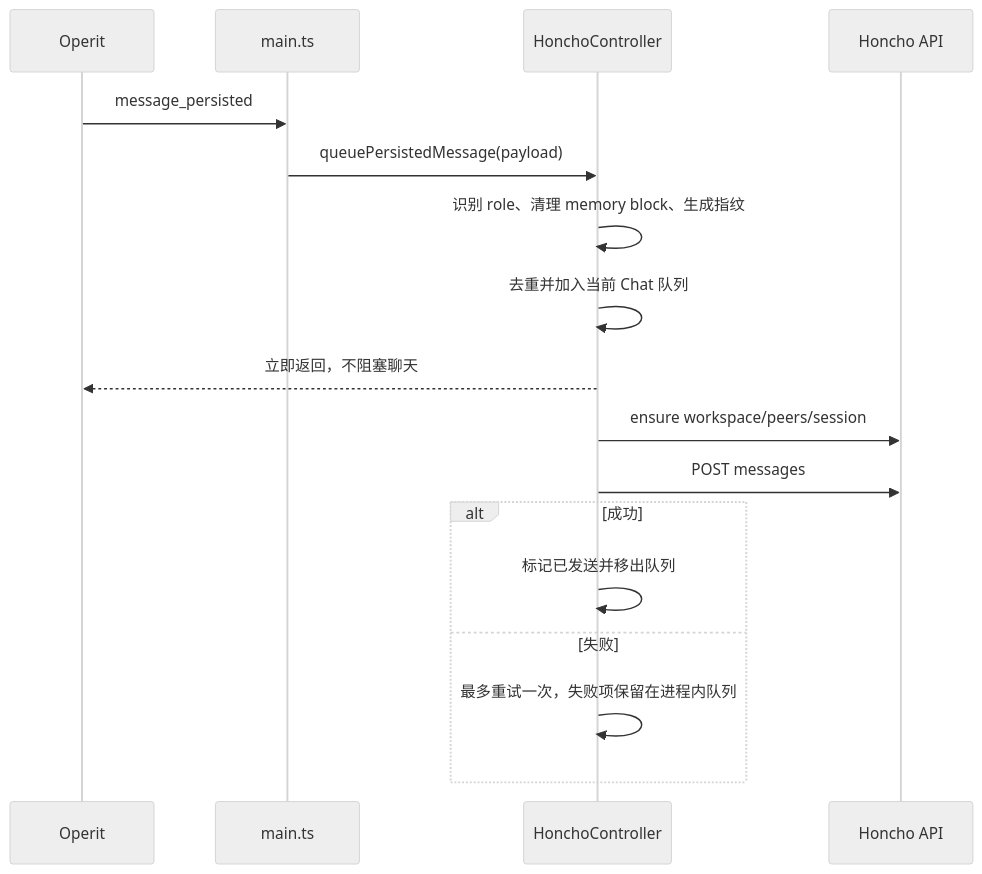
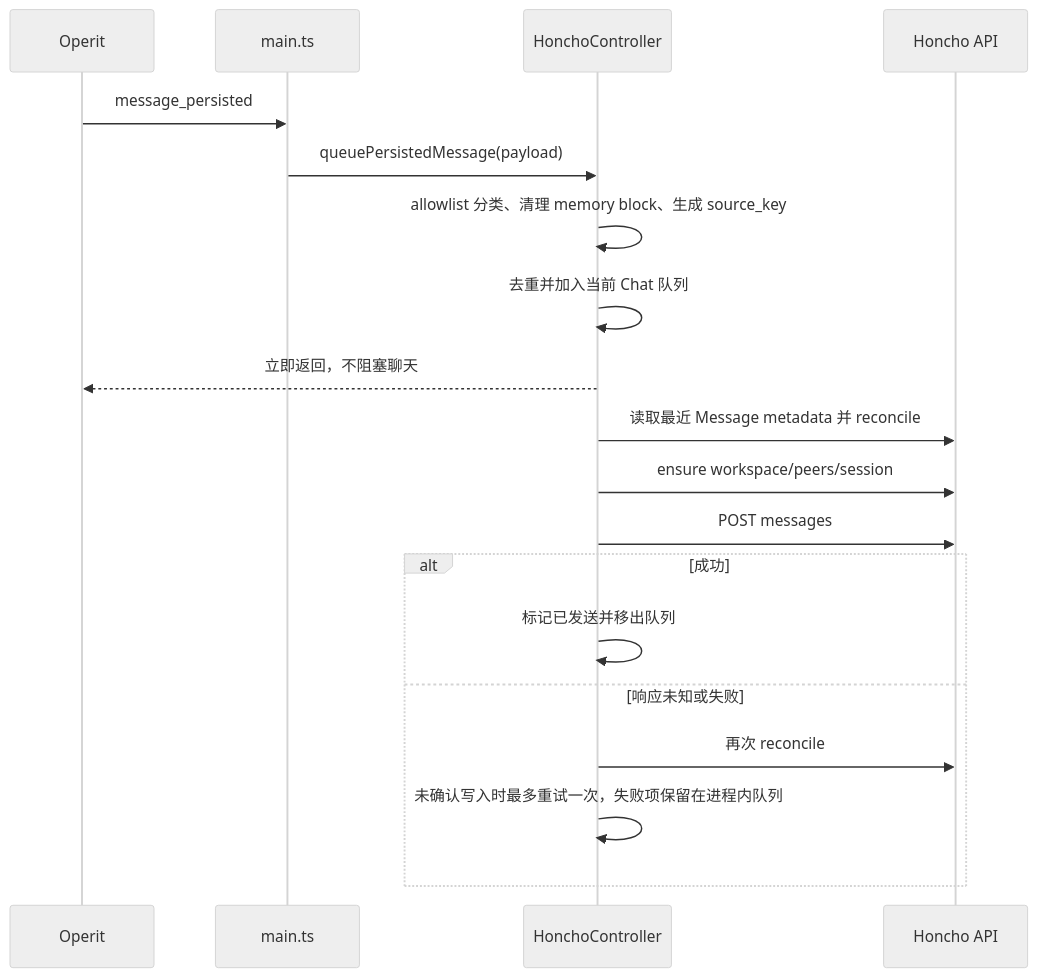
One commit to anlidy/operit-honcho changed the second of 3 diagrams in docs/ARCHITECTURE.md. Above: the diagram before and after it, drawn with Mermaid (neutral theme). The commit also changed other lines of this file and 23 other files, not shown here.

````diff
--- a/docs/ARCHITECTURE.md
+++ b/docs/ARCHITECTURE.md
@@ -173,20 +197,22 @@
 ```mermaid
 sequenceDiagram
     participant O as Operit
     participant M as main.ts
     participant C as HonchoController
     participant H as Honcho API
 
     O->>M: message_persisted
     M->>C: queuePersistedMessage(payload)
-    C->>C: 识别 role、清理 memory block、生成指纹
+    C->>C: allowlist 分类、清理 memory block、生成 source_key
     C->>C: 去重并加入当前 Chat 队列
     C-->>O: 立即返回，不阻塞聊天
+    C->>H: 读取最近 Message metadata 并 reconcile
     C->>H: ensure workspace/peers/session
     C->>H: POST messages
     alt 成功
         C->>C: 标记已发送并移出队列
-    else 失败
-        C->>C: 最多重试一次，失败项保留在进程内队列
+    else 响应未知或失败
+        C->>H: 再次 reconcile
+        C->>C: 未确认写入时最多重试一次，失败项保留在进程内队列
     end
 ```
````
